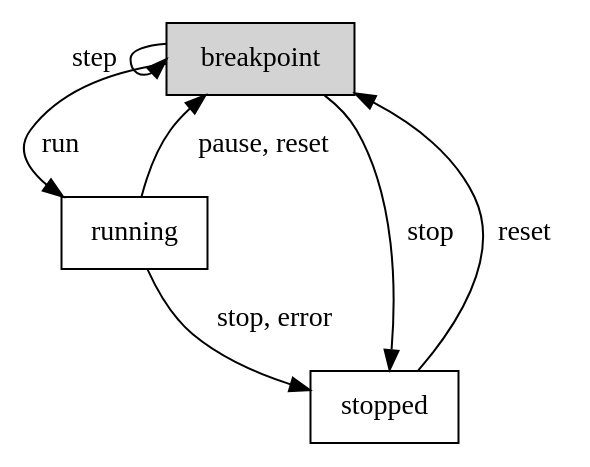
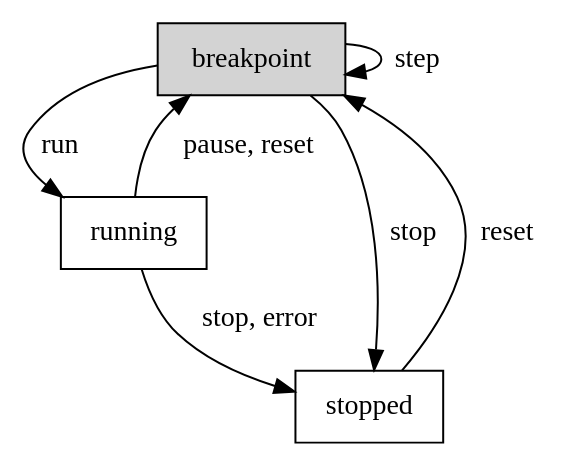
Before and after one commit to emustudio/emustudio.github.io: the diagram in _documentation/developer/assets/runstate.dot, drawn with Graphviz. The commit also changed 15 other files, not shown here.

```diff
--- a/_documentation/developer/assets/runstate.dot
+++ b/_documentation/developer/assets/runstate.dot
@@ -1,13 +1,15 @@
 digraph emulation_states {
   ratio = 1;
   node [shape = rect];
+  overlap = scale;
+  concentrate=true;
 
   breakpoint [ style = filled, fillcolor=lightgrey ];
 
   breakpoint -> running [ label = "run " ];
   breakpoint -> stopped [ label = "stop " ];
-  breakpoint -> breakpoint   [ label = "step ", headport=w ];
+  breakpoint -> breakpoint  [ label = "step "];
   running -> stopped [ label = "stop, error " ];
   running -> breakpoint [ label = "pause, reset " ];
   stopped -> breakpoint [ label = "reset " ];
 }
```
